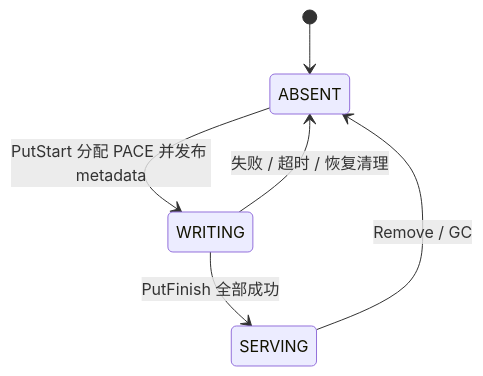
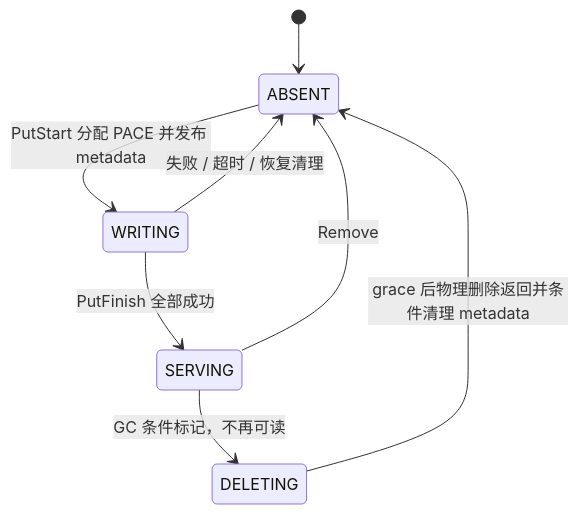
Before and after one commit to alibaba/tair-kvcache: the second of 2 diagrams in docs/design/kv_meta_object_storage.md, drawn with Mermaid. The commit also changed other lines of this file, not shown here.

````diff
--- a/docs/design/kv_meta_object_storage.md
+++ b/docs/design/kv_meta_object_storage.md
@@ -74,8 +74,10 @@
 ```mermaid
 stateDiagram-v2
     [*] --> ABSENT
     ABSENT --> WRITING: PutStart 分配 PACE 并发布 metadata
     WRITING --> SERVING: PutFinish 全部成功
     WRITING --> ABSENT: 失败 / 超时 / 恢复清理
-    SERVING --> ABSENT: Remove / GC
+    SERVING --> ABSENT: Remove
+    SERVING --> DELETING: GC 条件标记，不再可读
+    DELETING --> ABSENT: grace 后物理删除返回并条件清理 metadata
 ```
````
